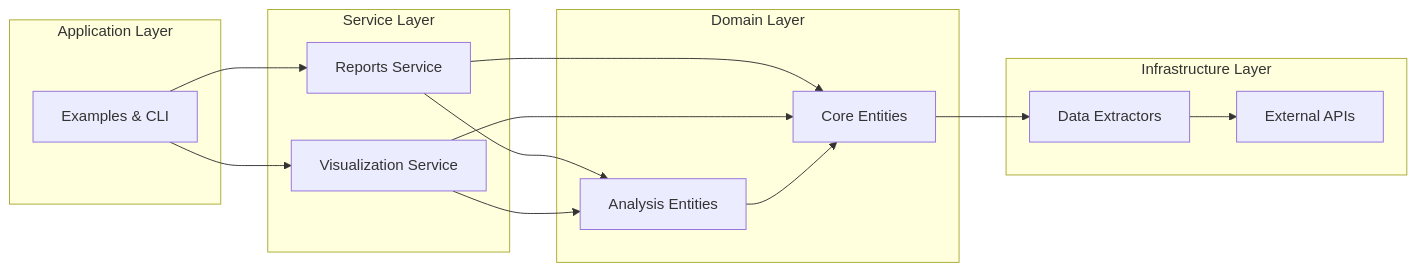
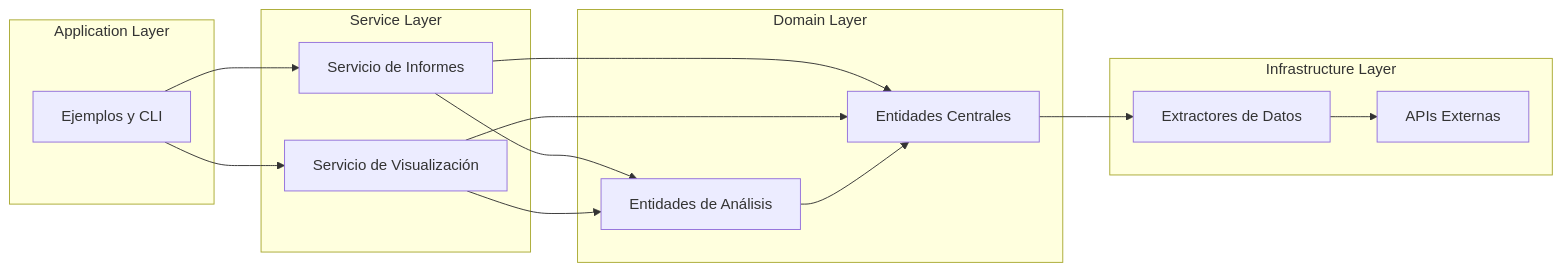
Before and after one commit to piettro/Master-MIAX-Tarea-Bloque1-Introduccion: the second of 5 diagrams in docs/diagrams.md, drawn with Mermaid. The commit also changed other lines of this file and 1 other file, not shown here.

````diff
--- a/docs/diagrams.md
+++ b/docs/diagrams.md
@@ -126,31 +126,31 @@
 ```mermaid
 graph LR
     subgraph "Application Layer"
-        A[Examples & CLI]
+        A[Ejemplos y CLI]
     end
     
     subgraph "Service Layer"
-        B[Reports Service]
-        C[Visualization Service]
+        B[Servicio de Informes]
+        C[Servicio de Visualización]
     end
     
     subgraph "Domain Layer"
-        D[Analysis Entities]
-        E[Core Entities]
+        D[Entidades de Análisis]
+        E[Entidades Centrales]
     end
     
     subgraph "Infrastructure Layer"
-        F[Data Extractors]
-        G[External APIs]
+        F[Extractores de Datos]
+        G[APIs Externas]
     end
     
     A --> B
     A --> C
     B --> D
     B --> E
     C --> D
     C --> E
     D --> E
     E --> F
     F --> G
 ```
````
